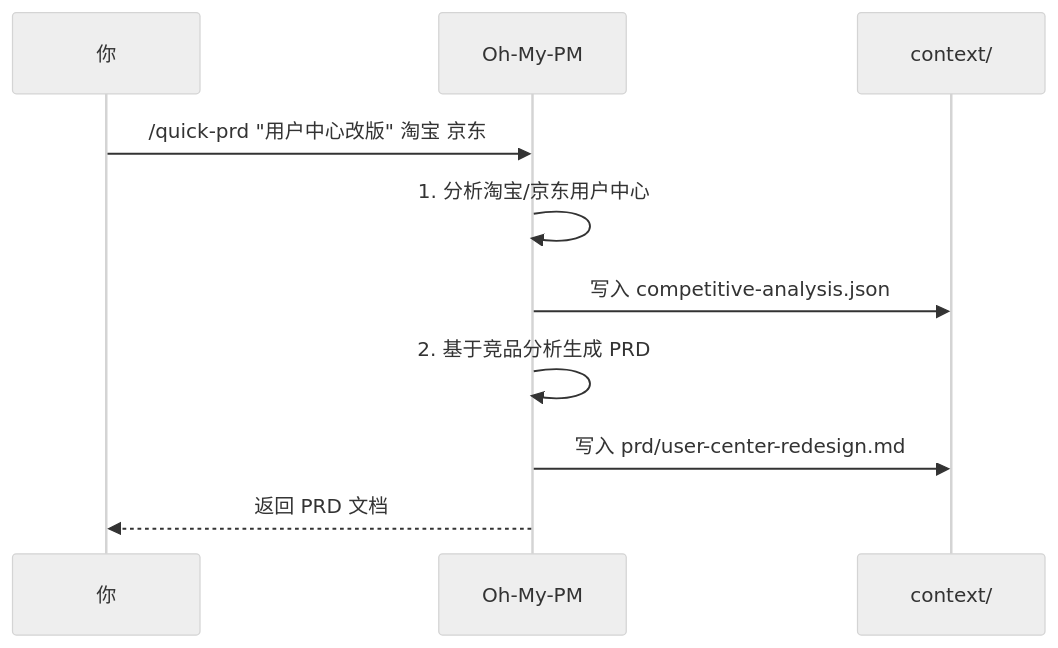
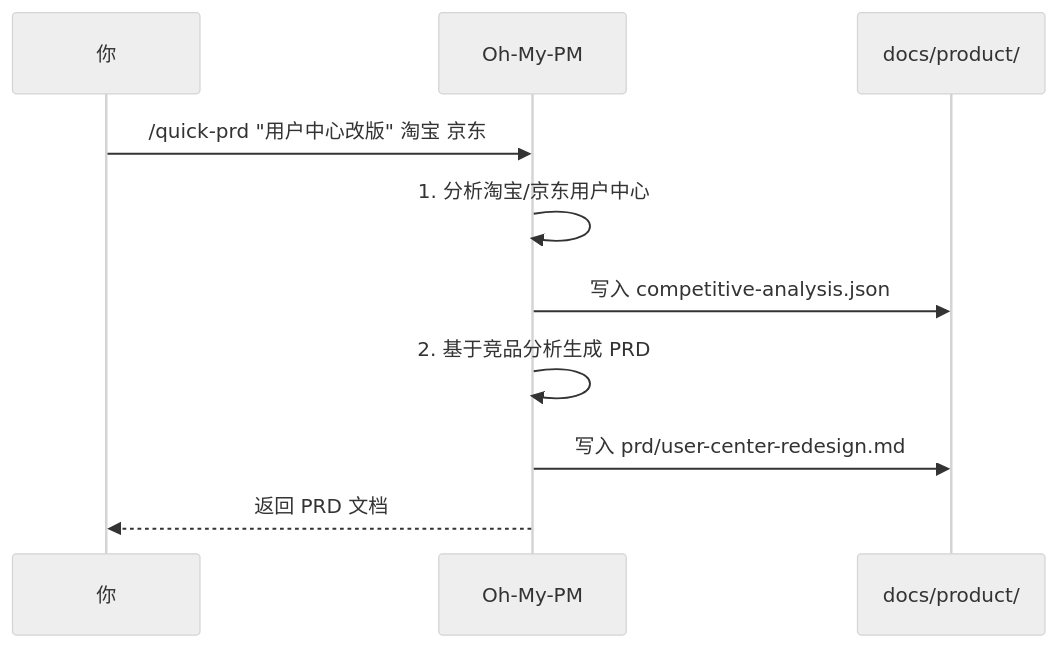
The second of 5 diagrams in docs/guides/user-guide.md (kelegele/oh-my-pm), drawn with Mermaid (neutral theme) before and after one commit. The commit also changed other lines of this file and 50 other files, not shown here.

First line of the commit message:
refactor: move context/ to docs/product/ with .ompm/ for intermediate state

````diff
--- a/docs/guides/user-guide.md
+++ b/docs/guides/user-guide.md
@@ -50,13 +50,13 @@
 ```mermaid
 sequenceDiagram
     participant U as 你
     participant OH as Oh-My-PM
-    participant C as context/
+    participant C as docs/product/
 
     U->>OH: /quick-prd "用户中心改版" 淘宝 京东
     OH->>OH: 1. 分析淘宝/京东用户中心
     OH->>C: 写入 competitive-analysis.json
     OH->>OH: 2. 基于竞品分析生成 PRD
     OH->>C: 写入 prd/user-center-redesign.md
     OH-->>U: 返回 PRD 文档
 ```
````
